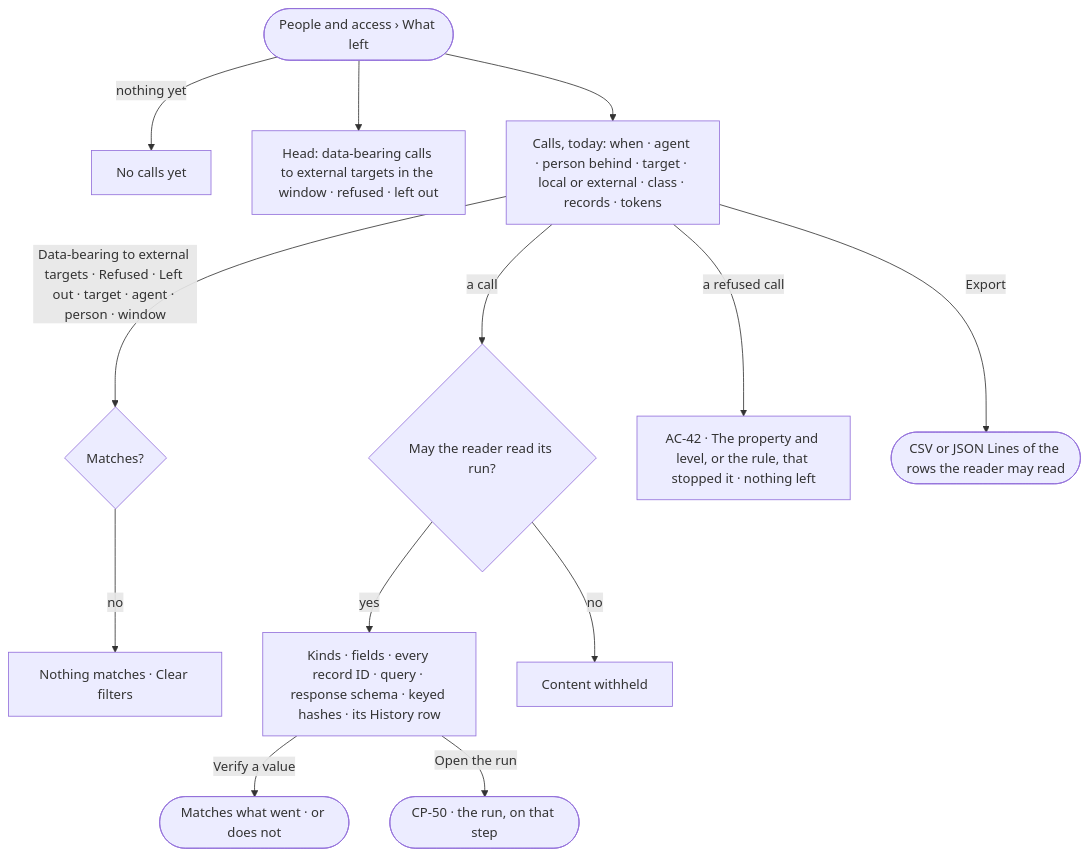
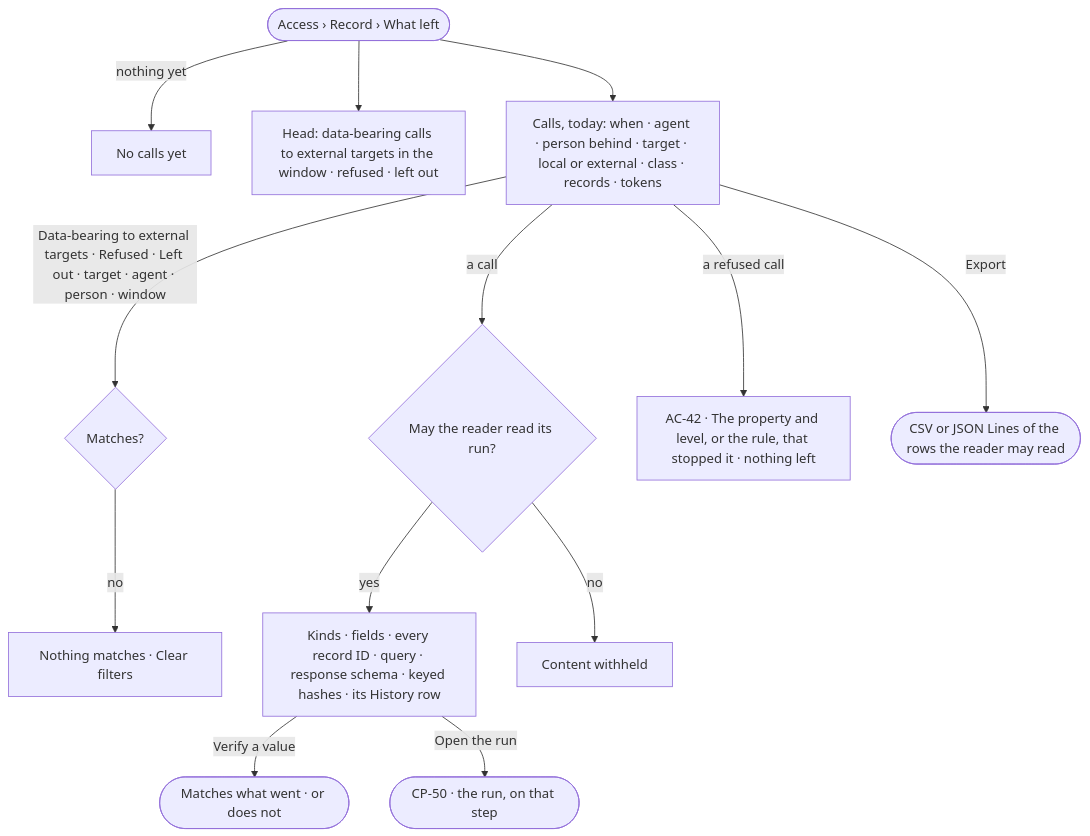
Before and after one commit to invana/invana: the diagram in specs/os/access/features/AC-F09-what-left-the-platform/stories/AC-30-see-what-went-to-which-model-or-tool/story.md, drawn with Mermaid. The commit also changed 133 other files, not shown here.

````diff
--- a/specs/os/access/features/AC-F09-what-left-the-platform/stories/AC-30-see-what-went-to-which-model-or-tool/story.md
+++ b/specs/os/access/features/AC-F09-what-left-the-platform/stories/AC-30-see-what-went-to-which-model-or-tool/story.md
@@ -29,15 +29,15 @@
 ```mermaid
 flowchart TD
-  s([People and access › What left]) -->|nothing yet| e["No calls yet"]
+  s([Access › Record › What left]) -->|nothing yet| e["No calls yet"]
   s --> h["Head: data-bearing calls to external targets in the window · refused · left out"]
   s --> r["Calls, today: when · agent · person behind · target · local or external · class · records · tokens"]
   r -->|Data-bearing to external targets · Refused · Left out · target · agent · person · window| f{"Matches?"}
   f -->|no| z["Nothing matches · Clear filters"]
   r -->|a call| d{"May the reader read its run?"}
   d -->|yes| c["Kinds · fields · every record ID · query · response schema · keyed hashes · its History row"]
   d -->|no| w["Content withheld"]
   c -->|Verify a value| v(["Matches what went · or does not"])
   c -->|Open the run| run(["CP-50 · the run, on that step"])
   r -->|a refused call| rf["AC-42 · The property and level, or the rule, that stopped it · nothing left"]
   r -->|Export| x(["CSV or JSON Lines of the rows the reader may read"])
 ```
````
